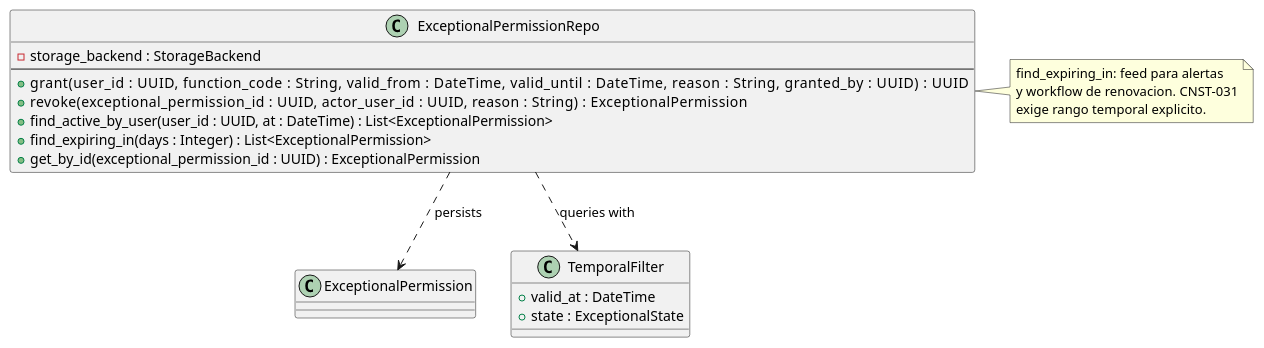
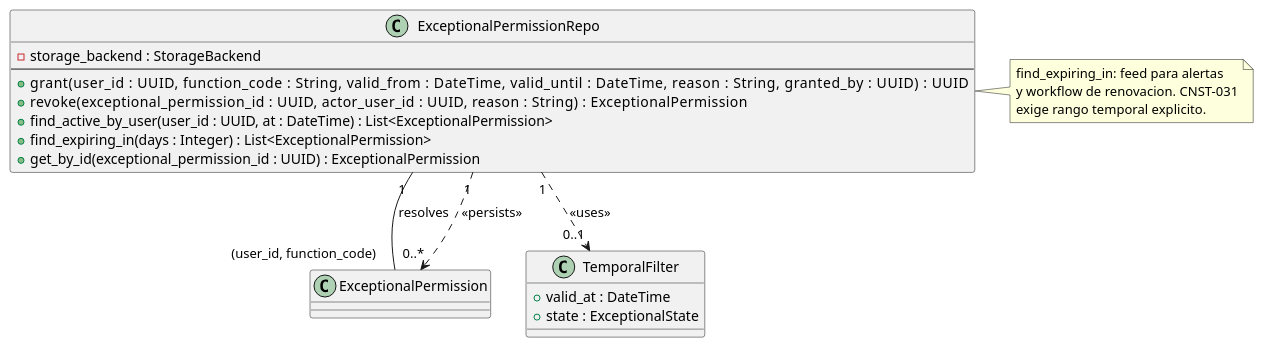
The diagram in source/arquitectura-tecnica/domain-model/exceptional-permission-repo.rst (jcg-admin/IACT-docs), drawn with PlantUML before and after one commit. The commit also changed 27 other files, not shown here.

First line of the commit message:
Apply UML rigor pass batch 2: Audit + Alerts + RBAC repos

```diff
--- a/source/arquitectura-tecnica/domain-model/exceptional-permission-repo.rst
+++ b/source/arquitectura-tecnica/domain-model/exceptional-permission-repo.rst
@@ -31,35 +31,36 @@
 .. uml::
  :caption: Clase ExceptionalPermissionRepo — CRUD de
            permisos excepcionales con soporte temporal.
 
  @startuml
 
  class ExceptionalPermissionRepo {
    - storage_backend : StorageBackend
    --
    + grant(user_id : UUID, function_code : String, \
            valid_from : DateTime, valid_until : DateTime, \
            reason : String, granted_by : UUID) : UUID
    + revoke(exceptional_permission_id : UUID, \
             actor_user_id : UUID, reason : String) : ExceptionalPermission
    + find_active_by_user(user_id : UUID, at : DateTime) : List<ExceptionalPermission>
    + find_expiring_in(days : Integer) : List<ExceptionalPermission>
    + get_by_id(exceptional_permission_id : UUID) : ExceptionalPermission
  }
 
  class ExceptionalPermission
  class TemporalFilter {
    + valid_at : DateTime
    + state : ExceptionalState
  }
 
- ExceptionalPermissionRepo ..> ExceptionalPermission : persists
- ExceptionalPermissionRepo ..> TemporalFilter : queries with
+ ExceptionalPermissionRepo "1" -- "(user_id, function_code)" ExceptionalPermission : resolves
+ ExceptionalPermissionRepo "1" ..> "0..*" ExceptionalPermission : <<persists>>
+ ExceptionalPermissionRepo "1" ..> "0..1" TemporalFilter : <<uses>>
 
  note right of ExceptionalPermissionRepo
    find_expiring_in: feed para alertas
    y workflow de renovacion. CNST-031
    exige rango temporal explicito.
  end note
 
  @enduml
```
